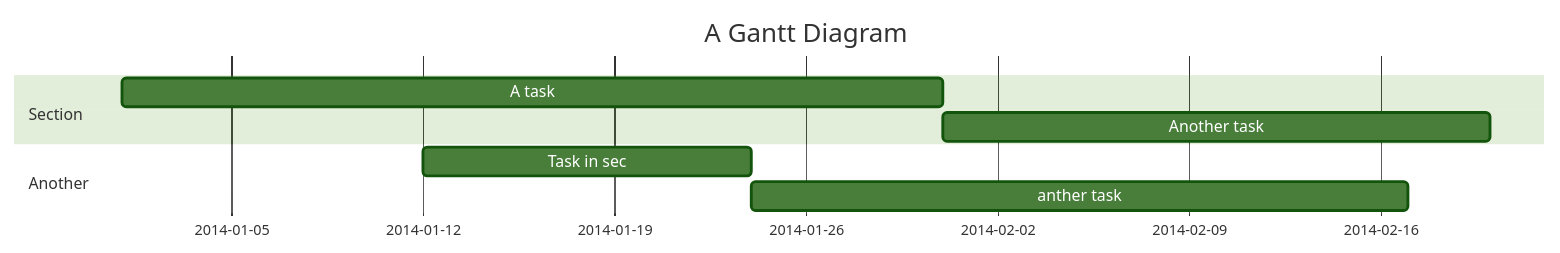
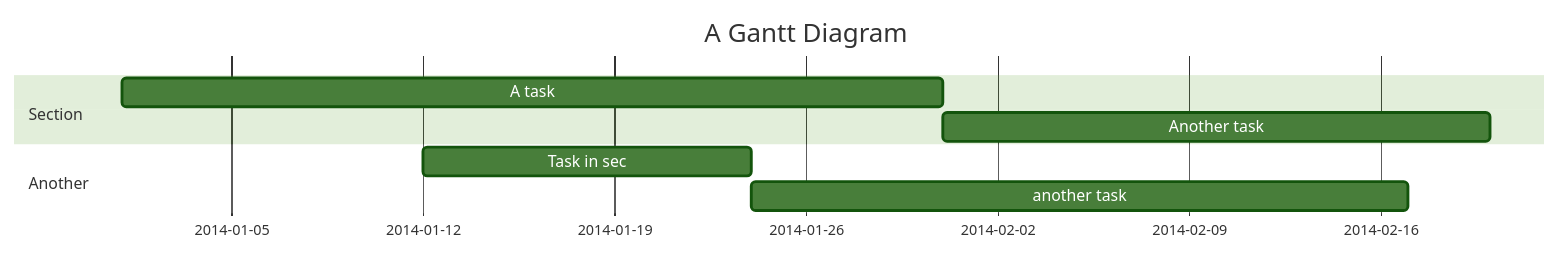
The first of 2 diagrams in docs/content/gantt.md (aazminu/mermaid), drawn with Mermaid (forest theme) before and after one commit. The commit also changed other lines of this file and 1 other file, not shown here.

Commit message:
fix misspelling of “another”

````diff
--- a/docs/content/gantt.md
+++ b/docs/content/gantt.md
@@ -25,11 +25,11 @@
 ```mermaid
 gantt
     title A Gantt Diagram
     dateFormat  YYYY-MM-DD
     section Section
     A task           :a1, 2014-01-01, 30d
     Another task     :after a1  , 20d
     section Another
     Task in sec      :2014-01-12  , 12d
-    anther task      : 24d
+    another task      : 24d
 ```
````
